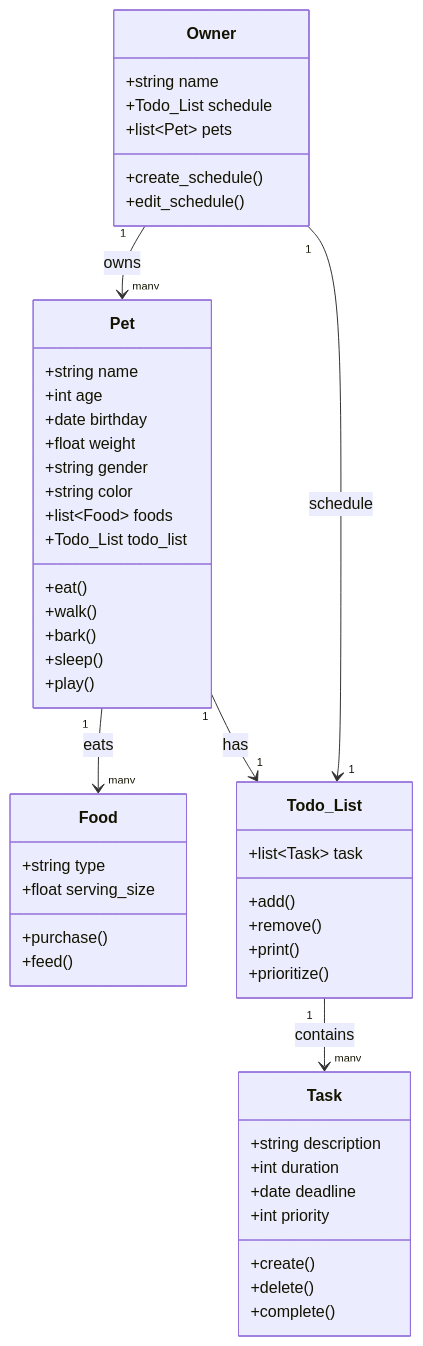
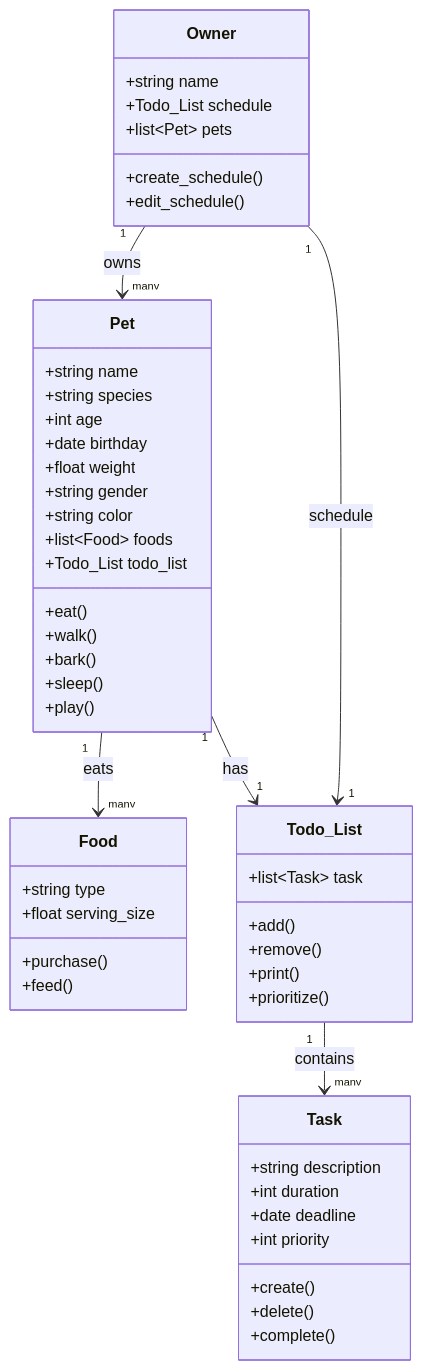
Before and after one commit to Slicorish/ai110-module2-pawpal-starter: the diagram in diagrams/uml_draft.mmd, drawn with Mermaid.

Commit message:
update uml_draft.mmd
added species attribute to pet class

```diff
--- a/diagrams/uml_draft.mmd
+++ b/diagrams/uml_draft.mmd
@@ -1,55 +1,56 @@
 classDiagram
     class Pet {
         +string name
+        +string species
         +int age
         +date birthday
         +float weight
         +string gender
         +string color
         +list~Food~ foods
         +Todo_List todo_list
         +eat()
         +walk()
         +bark()
         +sleep()
         +play()
     }
 
     class Food {
         +string type
         +float serving_size
         +purchase()
         +feed()
     }
 
     class Todo_List {
         +list~Task~ task
         +add()
         +remove()
         +print()
         +prioritize()
     }
 
     class Task {
         +string description
         +int duration
         +date deadline
         +int priority
         +create()
         +delete()
         +complete()
     }
 
     class Owner {
         +string name
         +Todo_List schedule
         +list~Pet~ pets
         +create_schedule()
         +edit_schedule()
     }
 
     Owner "1" --> "many" Pet : owns
     Pet "1" --> "many" Food : eats
     Pet "1" --> "1" Todo_List : has
     Todo_List "1" --> "many" Task : contains
     Owner "1" --> "1" Todo_List : schedule
```
